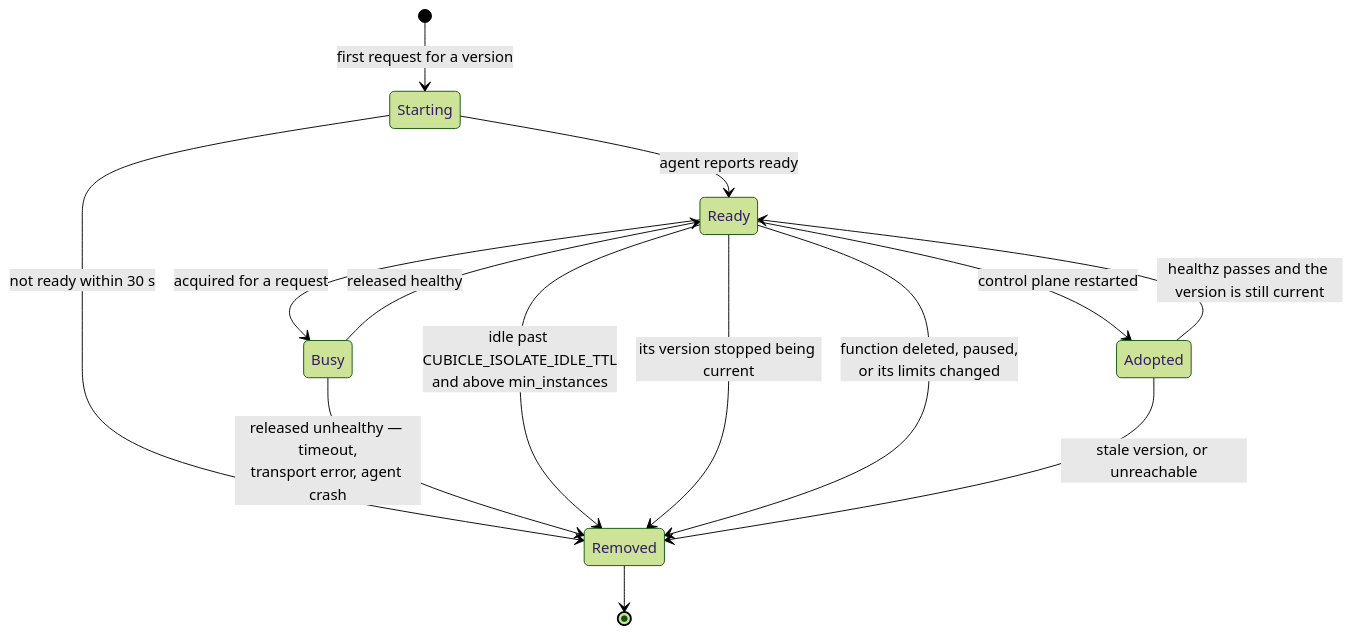
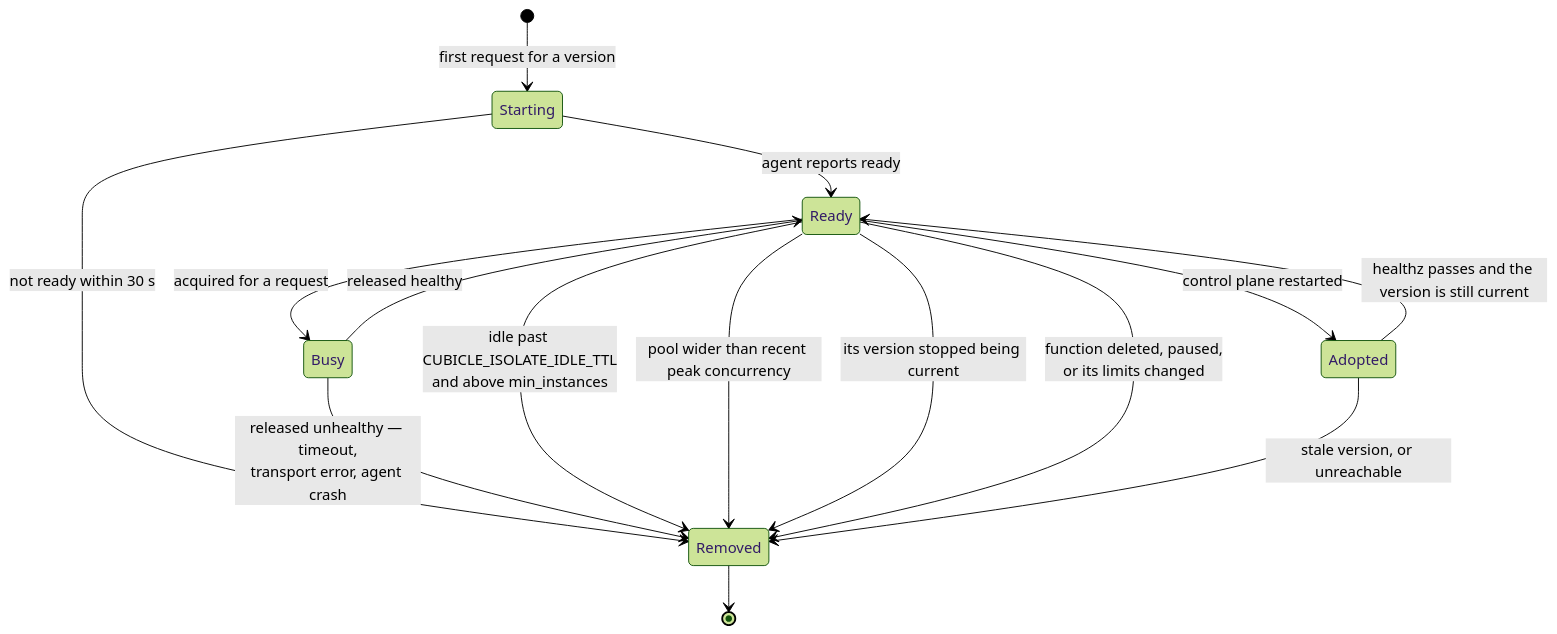
One commit to clickTwice26/cubicle changed the ninth of 12 diagrams in docs/ARCHITECTURE.md. Above: the diagram before and after it, drawn with Mermaid (forest theme). The commit also changed other lines of this file and 20 other files, not shown here.

````diff
--- a/docs/ARCHITECTURE.md
+++ b/docs/ARCHITECTURE.md
@@ -583,21 +583,22 @@
 ```mermaid
 stateDiagram-v2
     [*] --> Starting: first request for a version
 
     Starting --> Ready: agent reports ready
     Starting --> Removed: not ready within 30 s
 
     Ready --> Busy: acquired for a request
     Busy --> Ready: released healthy
     Busy --> Removed: released unhealthy — timeout,<br/>transport error, agent crash
 
     Ready --> Removed: idle past CUBICLE_ISOLATE_IDLE_TTL<br/>and above min_instances
+    Ready --> Removed: pool wider than recent peak concurrency
     Ready --> Removed: its version stopped being current
     Ready --> Removed: function deleted, paused,<br/>or its limits changed
 
     Ready --> Adopted: control plane restarted
     Adopted --> Ready: healthz passes and the version is still current
     Adopted --> Removed: stale version, or unreachable
 
     Removed --> [*]
 ```
````
